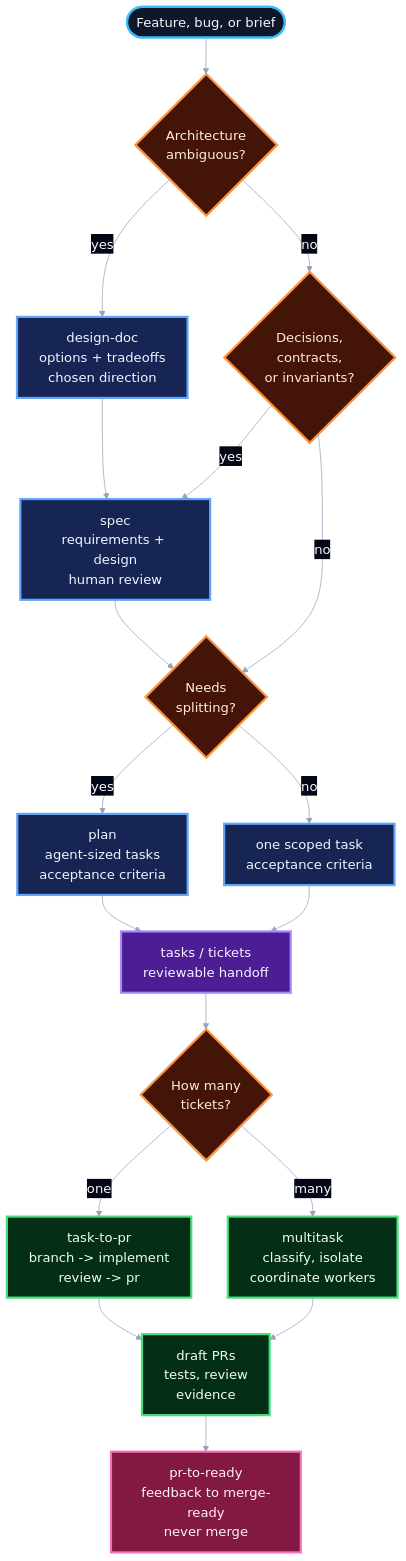
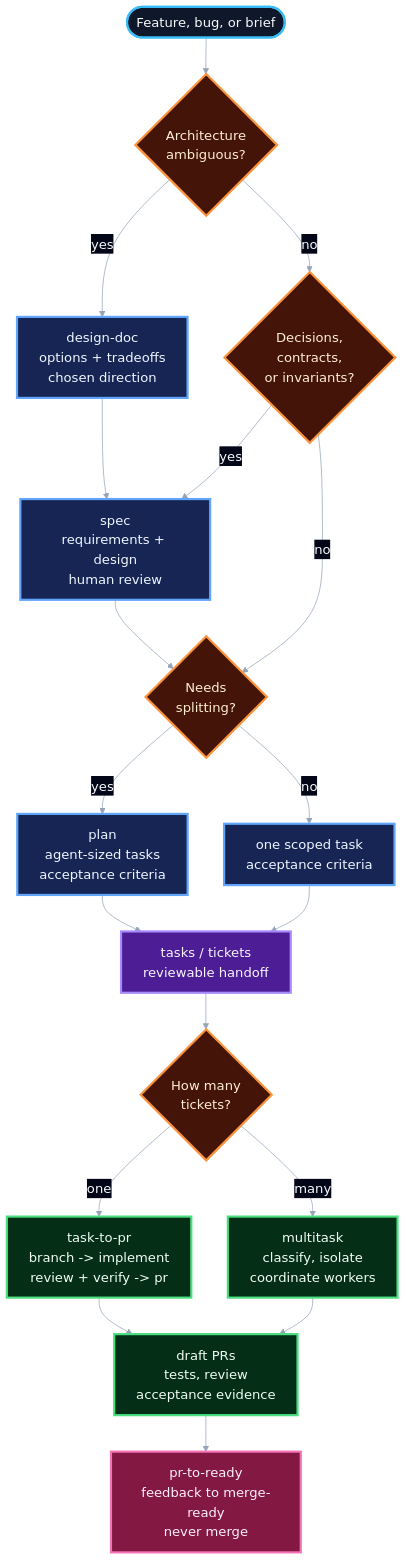
The first of 3 diagrams in README.md (owainlewis/blueprint), drawn with Mermaid before and after one commit. The commit also changed other lines of this file and 4 other files, not shown here.

Commit message:
docs: clarify delivery flow review ownership

````diff
--- a/README.md
+++ b/README.md
@@ -38,47 +38,47 @@
 ```mermaid
 %%{init: {"theme": "base", "themeVariables": {"fontFamily": "Inter, ui-sans-serif, system-ui", "fontSize": "18px", "primaryTextColor": "#f8fafc", "tertiaryTextColor": "#f8fafc", "lineColor": "#94a3b8", "edgeLabelBackground": "#020617"}}}%%
 flowchart TD
     Request([Feature, bug, or brief])
 
     Ambiguous{Architecture<br/>ambiguous?}
     Design["design-doc<br/>options + tradeoffs<br/>chosen direction"]
     SpecGate{Decisions,<br/>contracts,<br/>or invariants?}
     Spec["spec<br/>requirements + design<br/>human review"]
     Split{Needs<br/>splitting?}
     Plan["plan<br/>agent-sized tasks<br/>acceptance criteria"]
     Direct["one scoped task<br/>acceptance criteria"]
     Handoff["tasks / tickets<br/>reviewable handoff"]
 
     Count{How many<br/>tickets?}
-    Single["task-to-pr<br/>branch -> implement<br/>review -> pr"]
+    Single["task-to-pr<br/>branch -> implement<br/>review + verify -> pr"]
     Multi["multitask<br/>classify, isolate<br/>coordinate workers"]
-    PRs["draft PRs<br/>tests, review<br/>evidence"]
+    PRs["draft PRs<br/>tests, review<br/>acceptance evidence"]
     Ready["pr-to-ready<br/>feedback to merge-ready<br/>never merge"]
 
     Request --> Ambiguous
     Ambiguous -->|yes| Design --> Spec
     Ambiguous -->|no| SpecGate
     SpecGate -->|yes| Spec
     SpecGate -->|no| Split
     Spec --> Split
     Split -->|yes| Plan --> Handoff
     Split -->|no| Direct --> Handoff
     Handoff --> Count
     Count -->|one| Single --> PRs
     Count -->|many| Multi --> PRs
     PRs --> Ready
 
     classDef start fill:#0f172a,stroke:#38bdf8,stroke-width:3px,color:#f8fafc,font-size:18px;
     classDef decision fill:#431407,stroke:#fb923c,stroke-width:3px,color:#ffedd5,font-size:18px;
     classDef decide fill:#172554,stroke:#60a5fa,stroke-width:3px,color:#eff6ff,font-size:18px;
     classDef handoff fill:#4c1d95,stroke:#a78bfa,stroke-width:3px,color:#faf5ff,font-size:18px;
     classDef deliver fill:#052e16,stroke:#4ade80,stroke-width:3px,color:#f0fdf4,font-size:18px;
     classDef feedback fill:#831843,stroke:#f472b6,stroke-width:3px,color:#fdf2f8,font-size:18px;
 
     class Request start;
     class Ambiguous,SpecGate,Split,Count decision;
     class Design,Spec,Plan,Direct decide;
     class Handoff handoff;
     class Single,Multi,PRs deliver;
     class Ready feedback;
 ```
````
